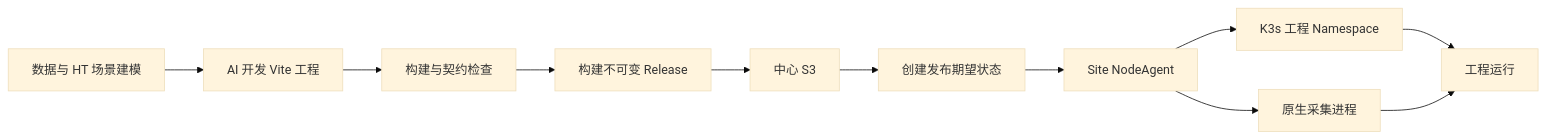
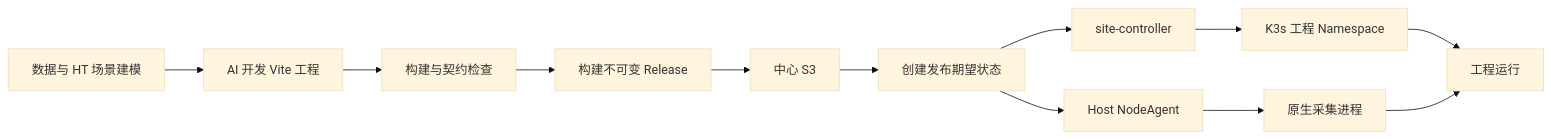
The second of 2 diagrams in docs/01-产品与架构/平台系统架构.md (hsworld-top/InduForge), drawn with Mermaid (base theme) before and after one commit. The commit also changed other lines of this file and 14 other files, not shown here.

````diff
--- a/docs/01-产品与架构/平台系统架构.md
+++ b/docs/01-产品与架构/平台系统架构.md
@@ -131,13 +145,14 @@
 ```mermaid
 graph LR
     Model["数据与 HT 场景建模"] --> Develop["AI 开发 Vite 工程"]
     Develop --> Validate["构建与契约检查"]
     Validate --> Build["构建不可变 Release"]
     Build --> S3["中心 S3"]
     S3 --> Publish["创建发布期望状态"]
-    Publish --> Agent["Site NodeAgent"]
-    Agent --> K3s["K3s 工程 Namespace"]
+    Publish --> SiteController["site-controller"]
+    Publish --> Agent["Host NodeAgent"]
+    SiteController --> K3s["K3s 工程 Namespace"]
     Agent --> Native["原生采集进程"]
     K3s --> Running["工程运行"]
     Native --> Running
 ```
````
